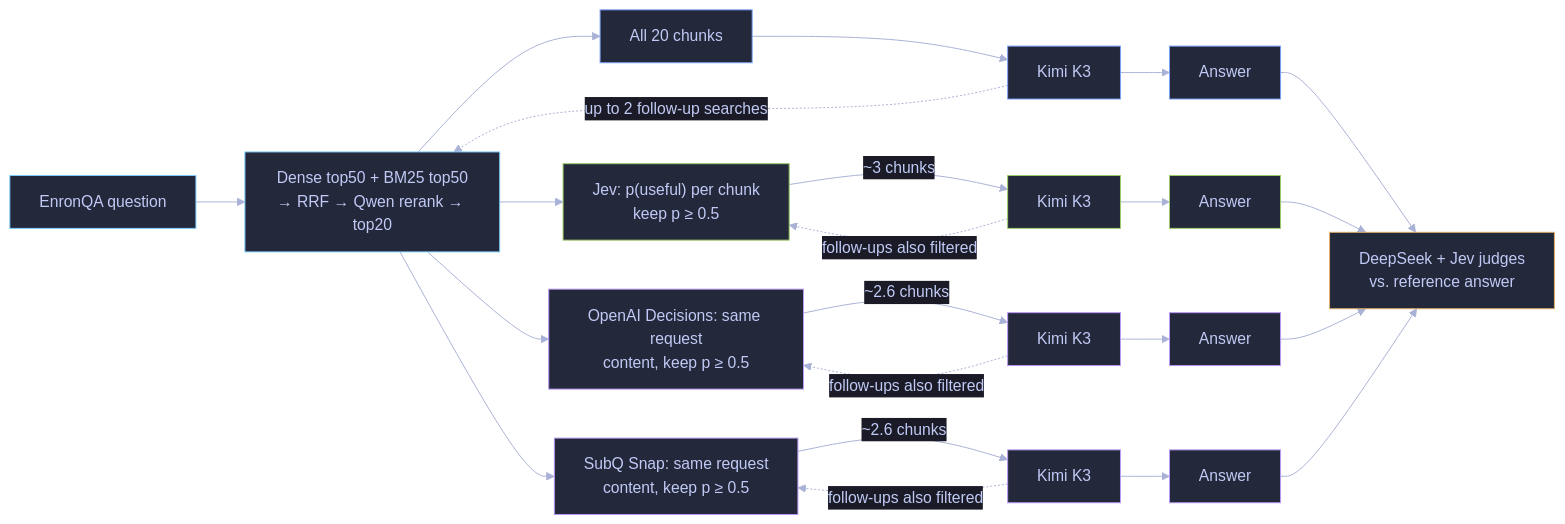
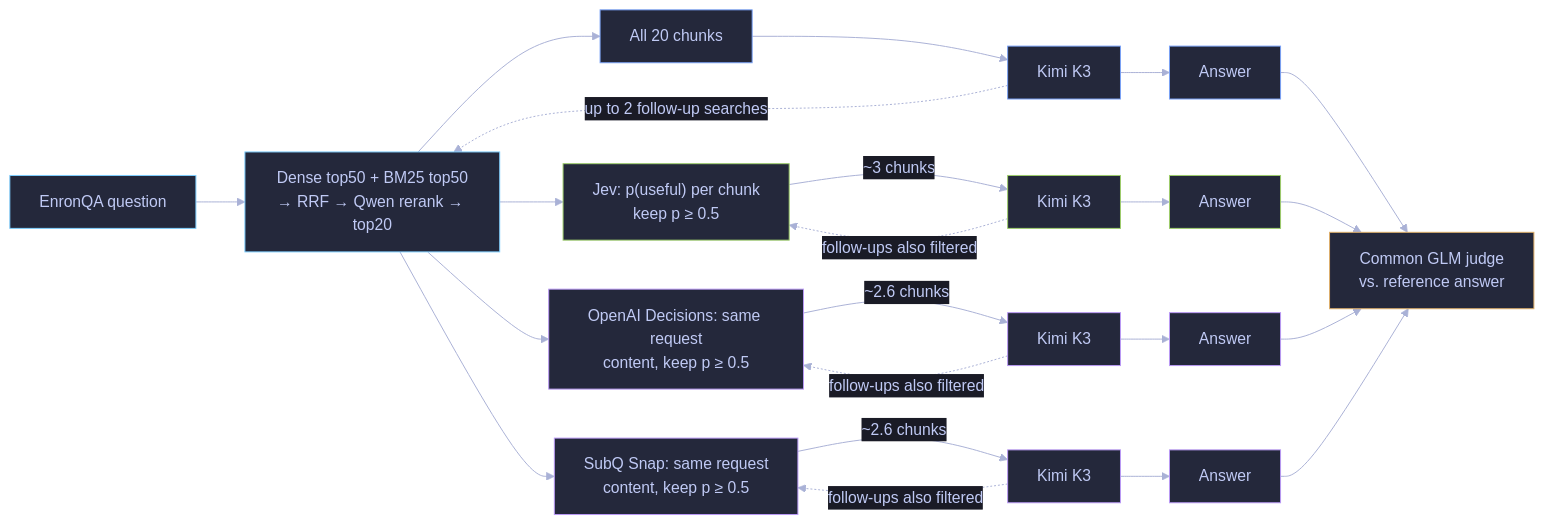
One commit to dorkitude/decision-model-testing changed the first of 2 diagrams in experiments/jev-search-result-narrower/README.md. Above: the diagram before and after it, drawn with Mermaid. The commit also changed other lines of this file and 23 other files, not shown here.

Commit message:
publish common-judge RAG results and concise summaries

````diff
--- a/experiments/jev-search-result-narrower/README.md
+++ b/experiments/jev-search-result-narrower/README.md
@@ -22,27 +26,27 @@
 ```mermaid
 %%{init: {"theme": "base", "themeVariables": {"background": "#1a1b26", "primaryColor": "#24283b", "primaryTextColor": "#c0caf5", "textColor": "#c0caf5", "primaryBorderColor": "#7aa2f7", "lineColor": "#a9b1d6", "edgeLabelBackground": "#1a1b26"}}}%%
 flowchart LR
     Q["EnronQA question"] --> S["Dense top50 + BM25 top50<br/>→ RRF → Qwen rerank → top20"]
     S --> B["All 20 chunks"] --> KB["Kimi K3"] --> AB["Answer"]
     S --> J["Jev: p(useful) per chunk<br/>keep p ≥ 0.5"] -->|"~3 chunks"| KF["Kimi K3"] --> AF["Answer"]
     S --> D["OpenAI Decisions: same request<br/>content, keep p ≥ 0.5"] -->|"~2.6 chunks"| KD["Kimi K3"] --> AD["Answer"]
     S --> U["SubQ Snap: same request<br/>content, keep p ≥ 0.5"] -->|"~2.6 chunks"| KU["Kimi K3"] --> AU["Answer"]
     KB -. "up to 2 follow-up searches" .-> S
     KF -. "follow-ups also filtered" .-> J
     KD -. "follow-ups also filtered" .-> D
     KU -. "follow-ups also filtered" .-> U
-    AB --> G["DeepSeek + Jev judges<br/>vs. reference answer"]
+    AB --> G["Common GLM judge<br/>vs. reference answer"]
     AF --> G
     AD --> G
     AU --> G
     classDef shared fill:#24283b,stroke:#7dcfff,color:#c0caf5;
     classDef baseline fill:#24283b,stroke:#7aa2f7,color:#c0caf5;
     classDef jev fill:#24283b,stroke:#9ece6a,color:#c0caf5;
     classDef decisions fill:#24283b,stroke:#bb9af7,color:#c0caf5;
     classDef score fill:#24283b,stroke:#e0af68,color:#c0caf5;
     class Q,S shared;
     class B,KB,AB baseline;
     class J,KF,AF jev;
     class D,KD,AD,U,KU,AU decisions;
     class G score;
 ```
````
